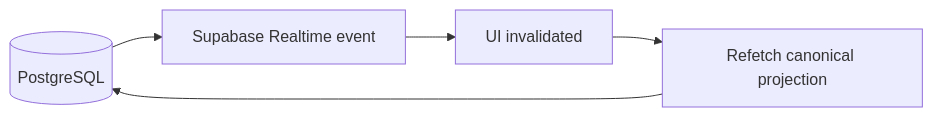
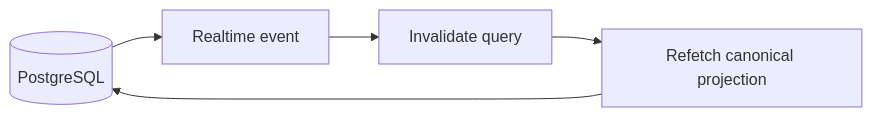
One commit to rajeevbackup42112-coder/raahimini changed the fifth of 5 diagrams in docs/RAAHI_MASTER_ARCHITECTURE.md. Above: the diagram before and after it, drawn with Mermaid. The commit also changed other lines of this file, not shown here.

Commit message:
Consolidate Raahi canonical architecture

````diff
--- a/docs/RAAHI_MASTER_ARCHITECTURE.md
+++ b/docs/RAAHI_MASTER_ARCHITECTURE.md
@@ -377,7 +278,7 @@
 ```mermaid
 flowchart LR
-    DB[(PostgreSQL)] --> RT[Supabase Realtime event]
-    RT --> UI[UI invalidated]
+    DB[(PostgreSQL)] --> RT[Realtime event]
+    RT --> UI[Invalidate query]
     UI --> RPC[Refetch canonical projection]
     RPC --> DB
 ```
````
